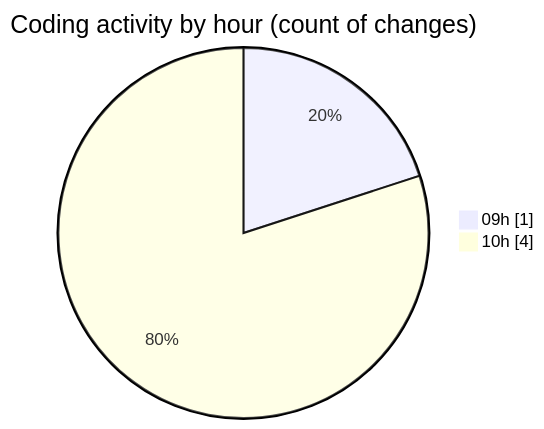
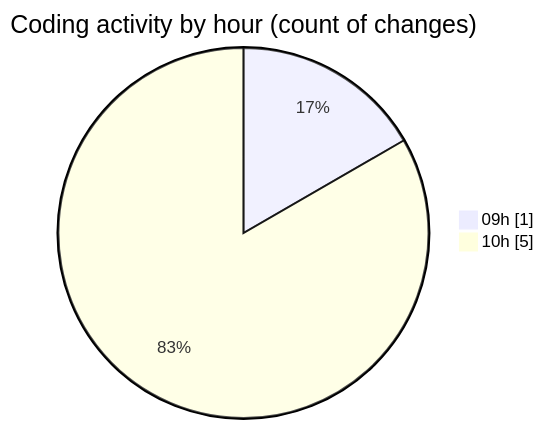
Before and after one commit to LanceThiago/code-tracking: the second of 2 diagrams in 2025-04-30/enre_-_calculadora_de_consumo_v_2022_files/README.md, drawn with Mermaid. The commit also changed other lines of this file and 1 other file, not shown here.

````diff
--- a/2025-04-30/enre_-_calculadora_de_consumo_v_2022_files/README.md
+++ b/2025-04-30/enre_-_calculadora_de_consumo_v_2022_files/README.md
@@ -28,6 +28,6 @@
 ```mermaid
 pie showData
 title Coding activity by hour (count of changes)
 "09h" : 1
-"10h" : 4
+"10h" : 5
 ```
````
